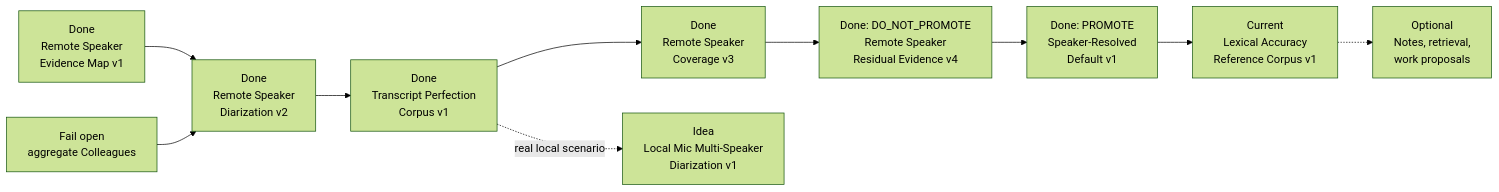
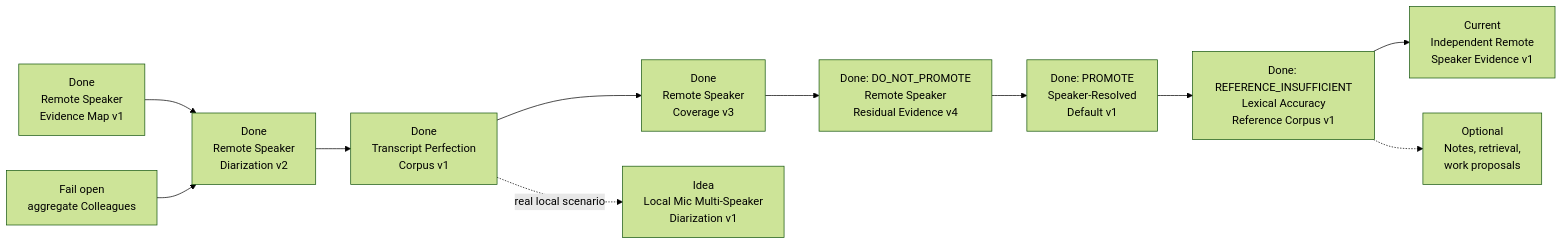
One commit to asukhodko/murmurmark changed the second of 2 diagrams in docs/roadmap/murmurmark-cli-roadmap.md. Above: the diagram before and after it, drawn with Mermaid (forest theme). The commit also changed other lines of this file and 24 other files, not shown here.

Commit message:
feat: add lexical accuracy reference corpus

````diff
--- a/docs/roadmap/murmurmark-cli-roadmap.md
+++ b/docs/roadmap/murmurmark-cli-roadmap.md
@@ -81,18 +81,19 @@
 ```mermaid
 flowchart LR
     B["Done<br/>Remote Speaker<br/>Evidence Map v1"]
     D["Done<br/>Remote Speaker<br/>Diarization v2"]
     F["Fail open<br/>aggregate Colleagues"]
     P["Done<br/>Transcript Perfection<br/>Corpus v1"]
     R["Done<br/>Remote Speaker<br/>Coverage v3"]
     V["Done: DO_NOT_PROMOTE<br/>Remote Speaker<br/>Residual Evidence v4"]
     H["Done: PROMOTE<br/>Speaker-Resolved<br/>Default v1"]
-    L["Current<br/>Lexical Accuracy<br/>Reference Corpus v1"]
+    L["Done: REFERENCE_INSUFFICIENT<br/>Lexical Accuracy<br/>Reference Corpus v1"]
+    I["Current<br/>Independent Remote<br/>Speaker Evidence v1"]
     M["Idea<br/>Local Mic Multi-Speaker<br/>Diarization v1"]
     O["Optional<br/>Notes, retrieval,<br/>work proposals"]
 
-    B --> D --> P --> R --> V --> H --> L
+    B --> D --> P --> R --> V --> H --> L --> I
     F --> D
     P -. "real local scenario" .-> M
     L -.-> O
 ```
````
